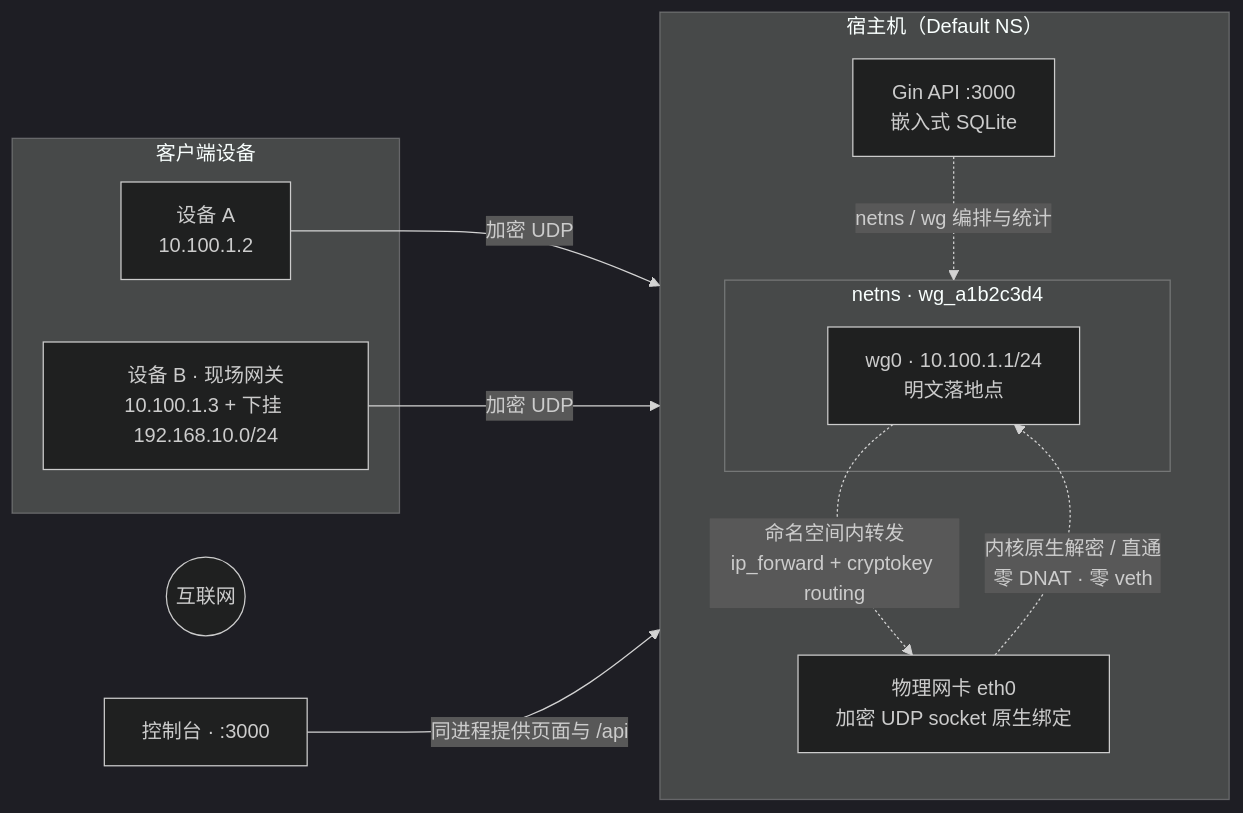
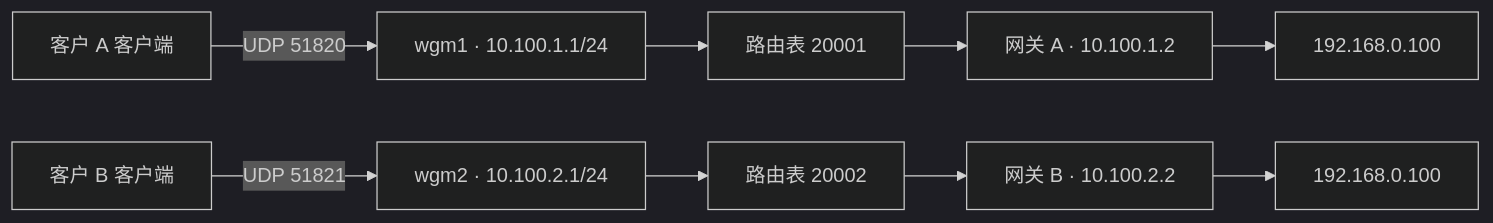
Before and after one commit to ChouHX/WireguardManager: the diagram in README.md, drawn with Mermaid (dark theme). The commit also changed other lines of this file and 36 other files, not shown here.

````diff
--- a/README.md
+++ b/README.md
@@ -46,26 +46,7 @@
 ```mermaid
 flowchart LR
-  subgraph clients["客户端设备"]
-    D1["设备 A<br/>10.100.1.2"]
-    D2["设备 B · 现场网关<br/>10.100.1.3 + 下挂 192.168.10.0/24"]
-  end
-
-  subgraph host["宿主机（Default NS）"]
-    direction TB
-    ETH["物理网卡 eth0<br/>加密 UDP socket 原生绑定"]
-    subgraph ns1["netns · wg_a1b2c3d4"]
-      W1["wg0 · 10.100.1.1/24<br/>明文落地点"]
-    end
-    API["Gin API :3000<br/>嵌入式 SQLite"]
-  end
-
-  WEB["控制台 · :3000"]
-  INET((互联网))
-
-  D1 -- "加密 UDP" --> ETH
-  D2 -- "加密 UDP" --> ETH
-  ETH -. "内核原生解密 / 直通<br/>零 DNAT · 零 veth" .-> W1
-  W1 -. "命名空间内转发<br/>ip_forward + cryptokey routing" .-> ETH
-  WEB -- "同进程提供页面与 /api" --> API
-  API -. "netns / wg 编排与统计" .-> ns1
+  CA["客户 A 客户端"] -->|UDP 51820| A["wgm1 · 10.100.1.1/24"]
+  A --> TA["路由表 20001"] --> GA["网关 A · 10.100.1.2"] --> LA["192.168.0.100"]
+  CB["客户 B 客户端"] -->|UDP 51821| B["wgm2 · 10.100.2.1/24"]
+  B --> TB["路由表 20002"] --> GB["网关 B · 10.100.2.2"] --> LB["192.168.0.100"]
 ```
````
